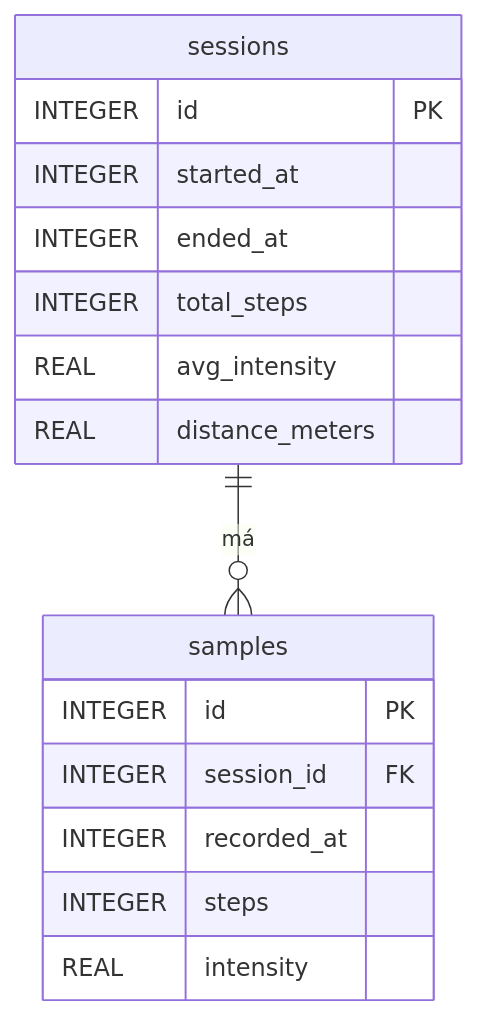
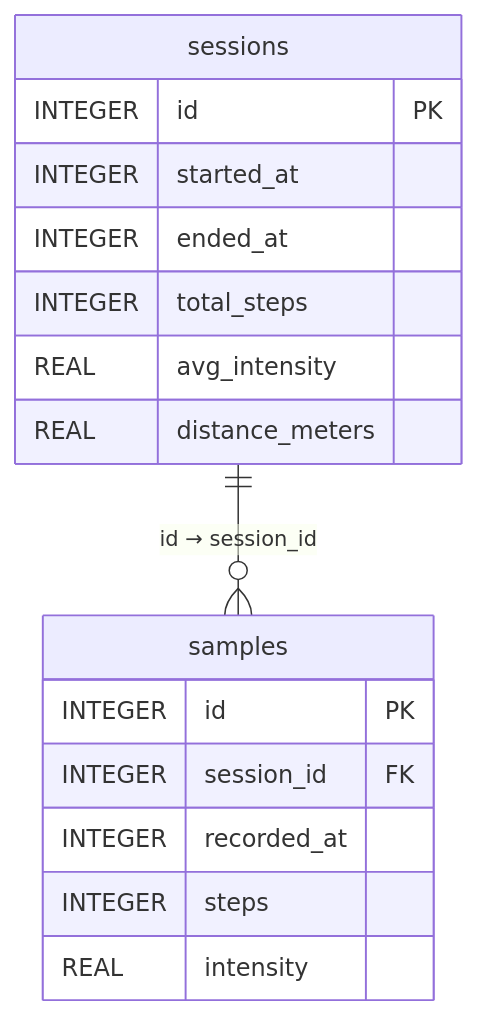
Before and after one commit to Mysczk/statnice_mobil: the diagram in DOKUMENTACE.md, drawn with Mermaid.

Commit message:
erd in mermaid

````diff
--- a/DOKUMENTACE.md
+++ b/DOKUMENTACE.md
@@ -67,21 +67,21 @@
 ```mermaid
 erDiagram
     sessions {
         INTEGER id PK
         INTEGER started_at
         INTEGER ended_at
         INTEGER total_steps
         REAL avg_intensity
         REAL distance_meters
     }
 
     samples {
         INTEGER id PK
         INTEGER session_id FK
         INTEGER recorded_at
         INTEGER steps
         REAL intensity
     }
 
-    sessions ||--o{ samples : "má"
+    sessions ||--o{ samples : "id → session_id"
 ```
````
